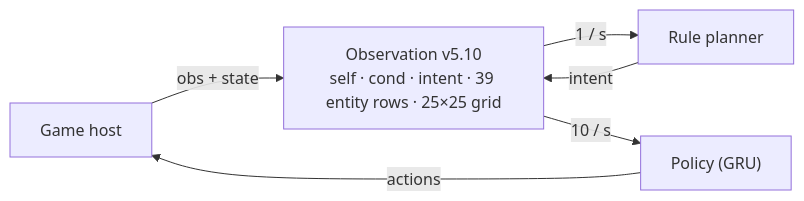
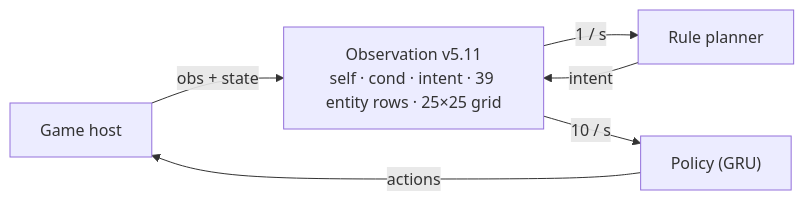
One commit to mlgdoggynoob/bsrl-sim changed the first of 2 diagrams in README.md. Above: the diagram before and after it, drawn with Mermaid. The commit also changed other lines of this file and 6 other files, not shown here.

First line of the commit message:
Obs v5.11: brawler class one-hot in entity rows and cond; avoid_brawl by class

````diff
--- a/README.md
+++ b/README.md
@@ -59,6 +59,6 @@
 ```mermaid
 flowchart LR
-    H["Game host"] -->|"obs + state"| O["Observation v5.10<br/>self · cond · intent · 39 entity rows · 25×25 grid"]
+    H["Game host"] -->|"obs + state"| O["Observation v5.11<br/>self · cond · intent · 39 entity rows · 25×25 grid"]
     O -->|"1 / s"| PL["Rule planner"] -->|"intent"| O
     O -->|"10 / s"| P["Policy (GRU)"] -->|"actions"| H
 ```
````
